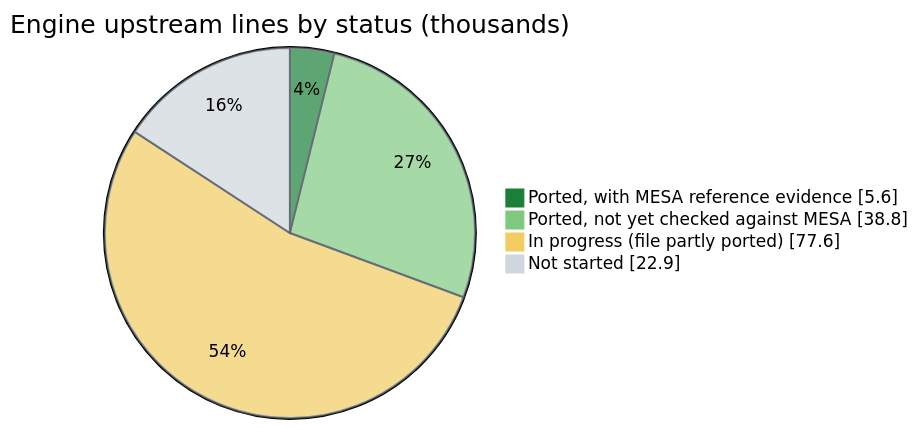
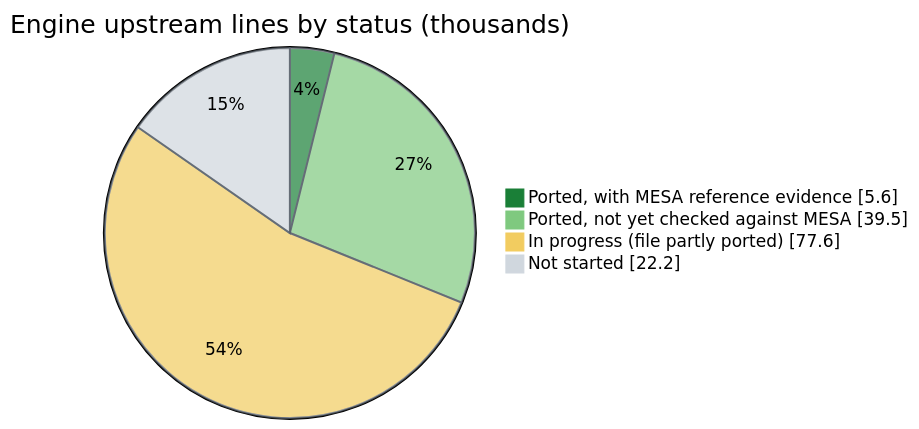
The first of 2 diagrams in README.md (joshspeagle/FlexMESA), drawn with Mermaid before and after one commit. The commit also changed other lines of this file and 5 other files, not shown here.

````diff
--- a/README.md
+++ b/README.md
@@ -27,9 +27,9 @@
 ```mermaid
 %%{init: {'themeVariables': {'pie1': '#1a7f37', 'pie2': '#7fc97f', 'pie3': '#f2cc60', 'pie4': '#d0d7de', 'pieSectionTextColor': '#000000', 'pieStrokeColor': '#57606a'}}}%%
 pie showData
     title Engine upstream lines by status (thousands)
     "Ported, with MESA reference evidence" : 5.6
-    "Ported, not yet checked against MESA" : 38.8
+    "Ported, not yet checked against MESA" : 39.5
     "In progress (file partly ported)" : 77.6
-    "Not started" : 22.9
+    "Not started" : 22.2
 ```
````
